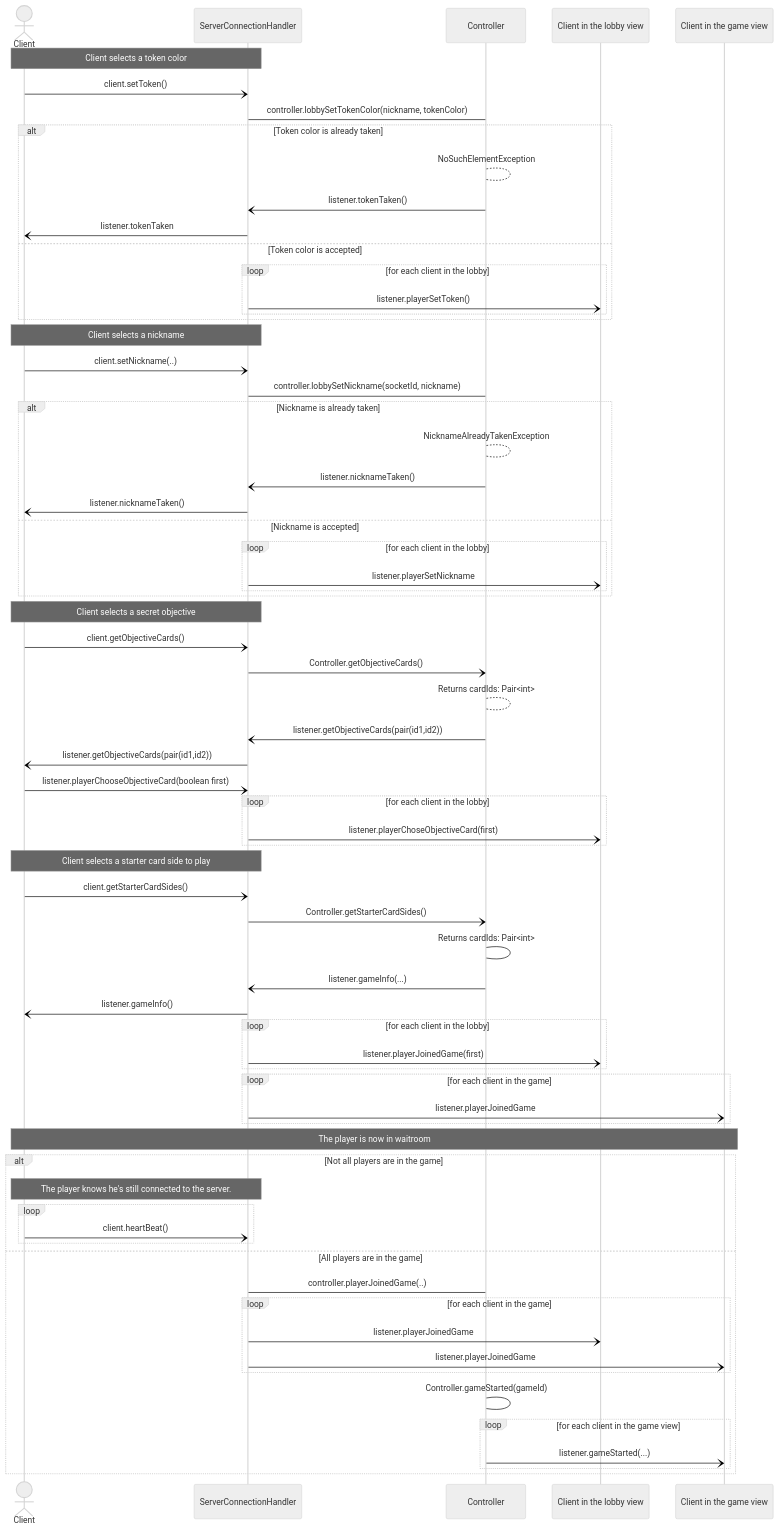
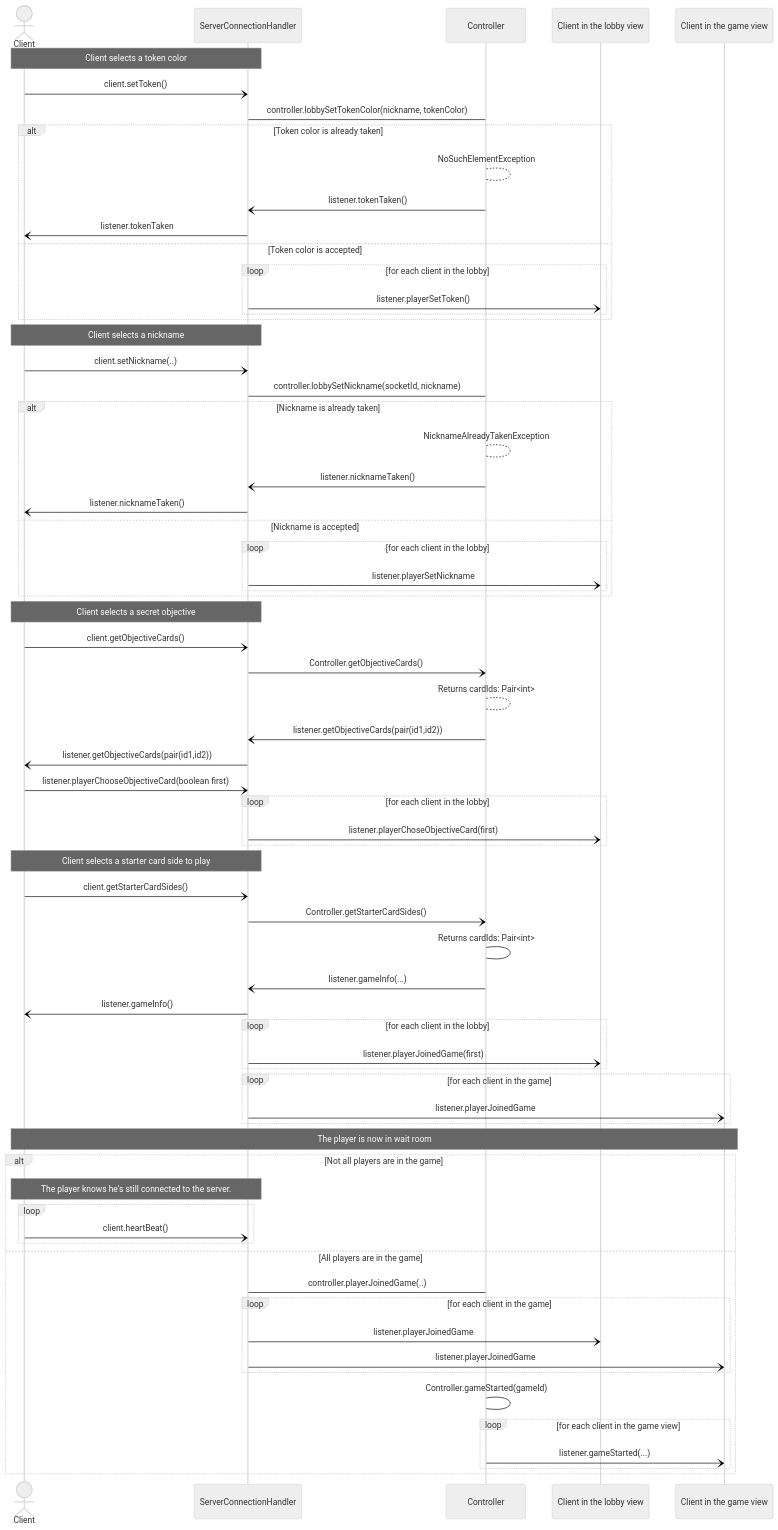
The sixth of 9 diagrams in documentation_wip/network_protocol.md (frephs/IS24-AM21), drawn with Mermaid (neutral theme) before and after one commit. The commit also changed other lines of this file, not shown here.

```diff
--- a/documentation_wip/network_protocol.md
+++ b/documentation_wip/network_protocol.md
@@ -245,7 +245,7 @@
         ServerConnectionHandler -) Client in the game view: listener.playerJoinedGame
     end
 
-    Note over Client,Client in the game view: The player is now in waitroom
+    Note over Client,Client in the game view: The player is now in wait room
     
     alt Not all players are in the game
         Note over Client,ServerConnectionHandler: The player knows he's still connected to the server.
```
